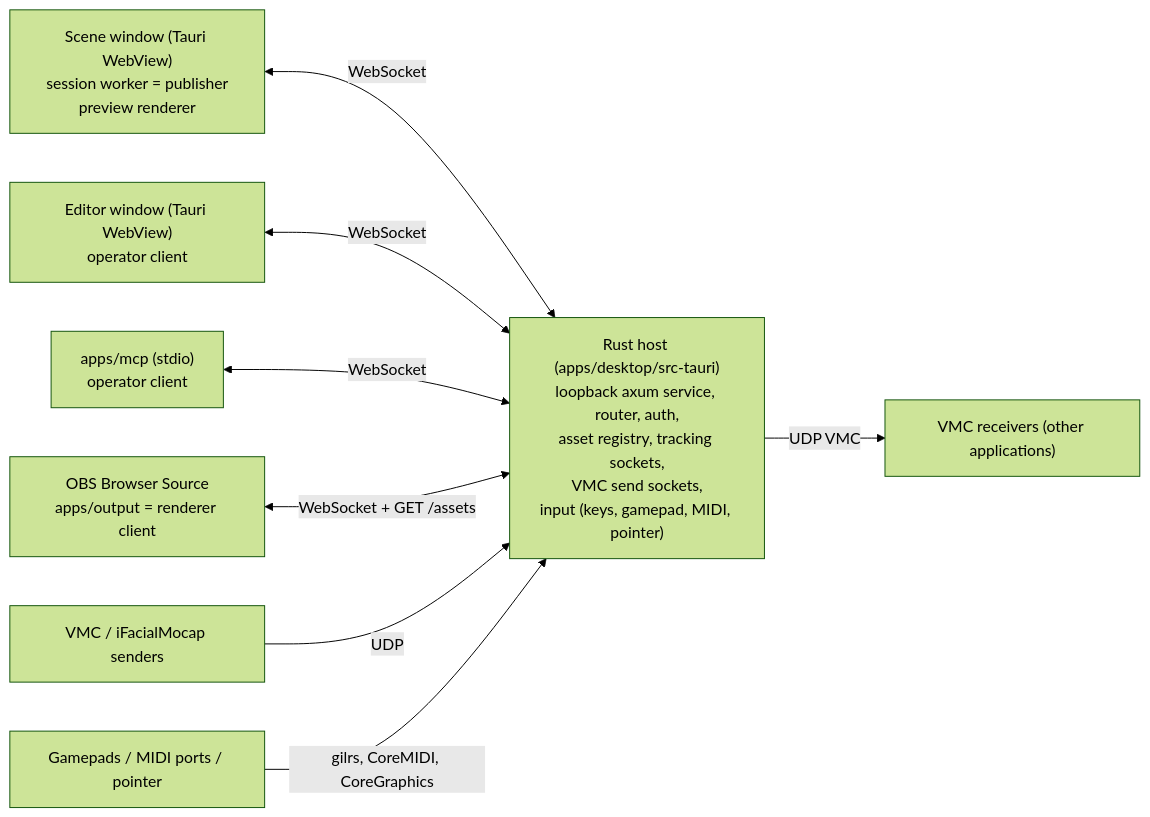
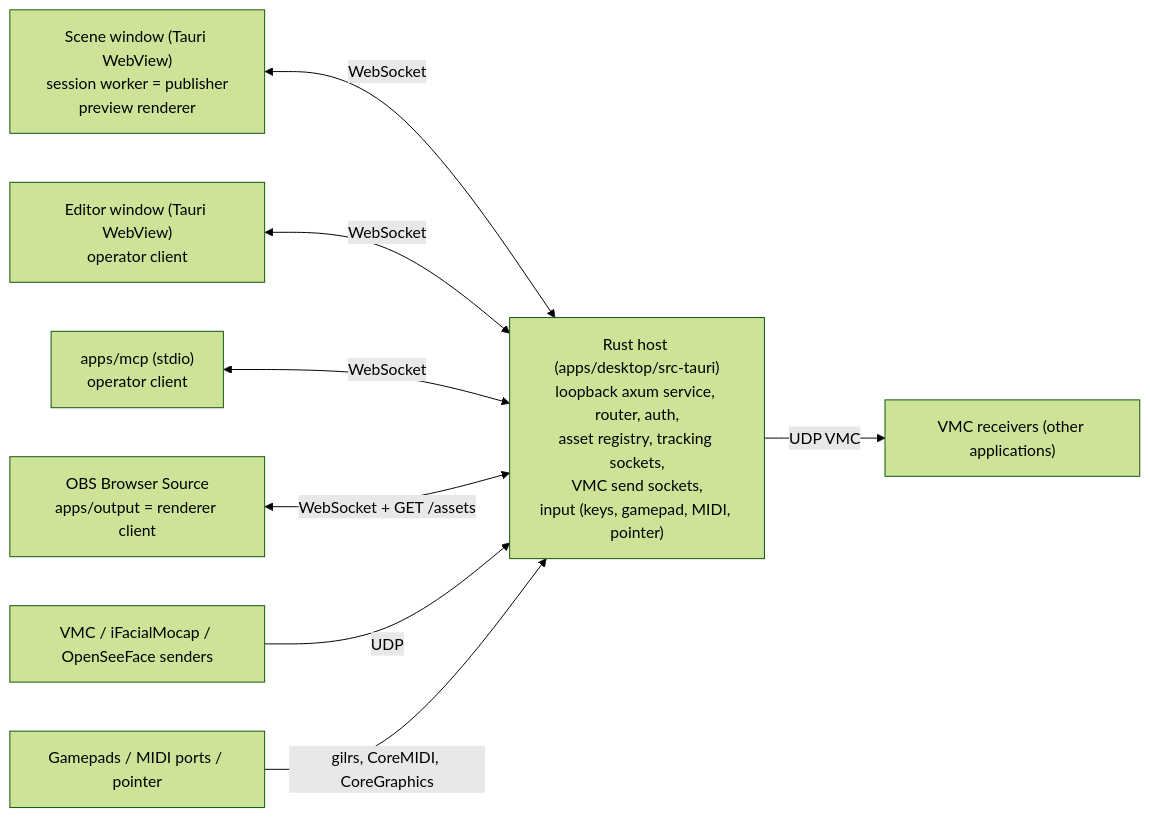
One commit to danirukun/opensekai changed the diagram in ARCHITECTURE.md. Above: the diagram before and after it, drawn with Mermaid (forest theme). The commit also changed other lines of this file and 34 other files, not shown here.

First line of the commit message:
Receive OpenSeeFace face tracking over UDP (B20, TRK-08)

````diff
--- a/ARCHITECTURE.md
+++ b/ARCHITECTURE.md
@@ -7,11 +7,11 @@
 ```mermaid
 flowchart LR
   Scene["Scene window (Tauri WebView)\nsession worker = publisher\npreview renderer"] <-->|WebSocket| Host
   Editor["Editor window (Tauri WebView)\noperator client"] <-->|WebSocket| Host
   MCP["apps/mcp (stdio)\noperator client"] <-->|WebSocket| Host
   OBS["OBS Browser Source\napps/output = renderer client"] <-->|WebSocket + GET /assets| Host
   Host["Rust host (apps/desktop/src-tauri)\nloopback axum service, router, auth,\nasset registry, tracking sockets,\nVMC send sockets,\ninput (keys, gamepad, MIDI, pointer)"]
-  Trackers["VMC / iFacialMocap senders"] -->|UDP| Host
+  Trackers["VMC / iFacialMocap / OpenSeeFace senders"] -->|UDP| Host
   Host -->|UDP VMC| Receivers["VMC receivers (other applications)"]
   Devices["Gamepads / MIDI ports / pointer"] -->|gilrs, CoreMIDI, CoreGraphics| Host
 ```
````
